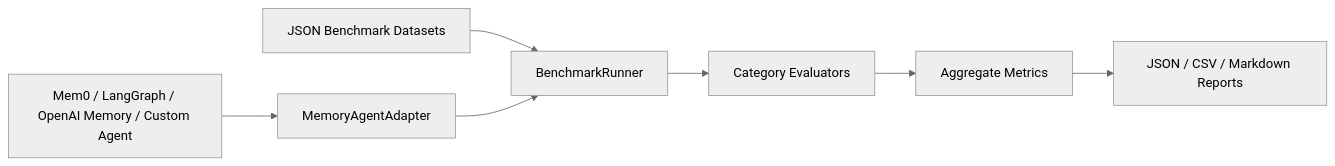
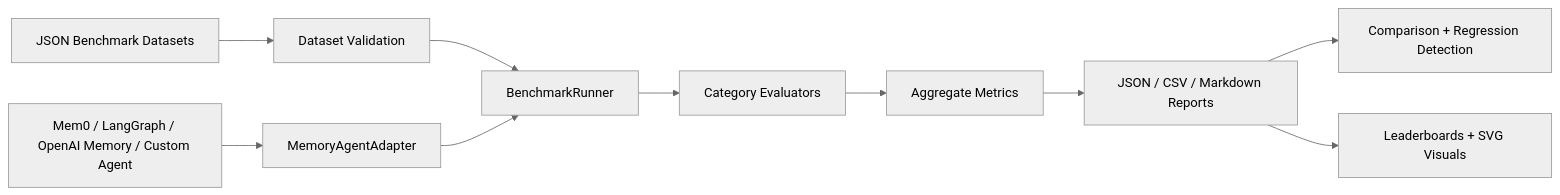
The diagram in README.md (aditya89bh/memory-agent-eval-kit), drawn with Mermaid (neutral theme) before and after one commit. The commit also changed other lines of this file and 9 other files, not shown here.

````diff
--- a/README.md
+++ b/README.md
@@ -15,9 +15,12 @@
 ```mermaid
 flowchart LR
-  D[JSON Benchmark Datasets] --> R[BenchmarkRunner]
+  D[JSON Benchmark Datasets] --> V[Dataset Validation]
+  V --> R[BenchmarkRunner]
   A[MemoryAgentAdapter] --> R
   R --> E[Category Evaluators]
   E --> M[Aggregate Metrics]
   M --> P[JSON / CSV / Markdown Reports]
+  P --> C[Comparison + Regression Detection]
+  P --> L[Leaderboards + SVG Visuals]
   X[Mem0 / LangGraph / OpenAI Memory / Custom Agent] --> A
 ```
````
